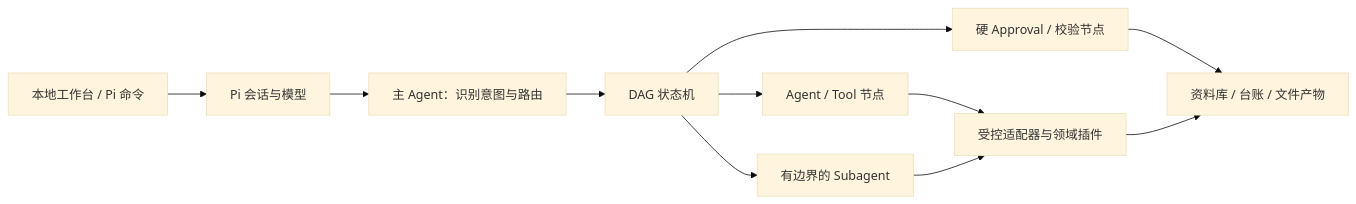
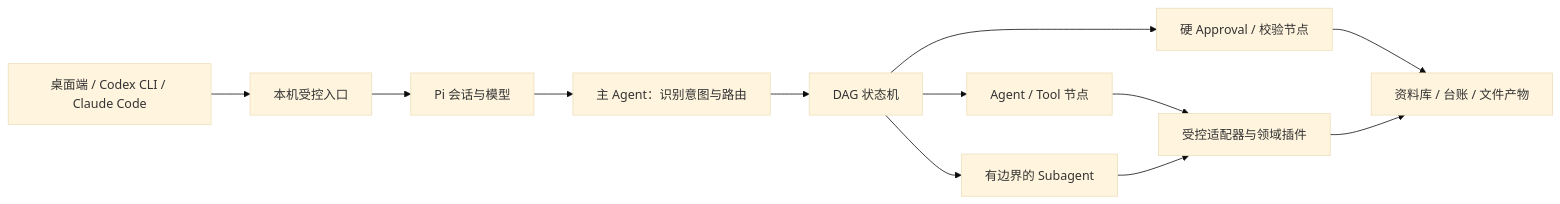
The diagram in README.md (WH2020/WorkFlow_Market), drawn with Mermaid (base theme) before and after one commit. The commit also changed other lines of this file and 28 other files, not shown here.

Commit message:
feat: support Codex CLI and Claude Code

````diff
--- a/README.md
+++ b/README.md
@@ -13,13 +13,14 @@
 ```mermaid
 flowchart LR
-    U[本地工作台 / Pi 命令] --> PI[Pi 会话与模型]
+    U[桌面端 / Codex CLI / Claude Code] --> B[本机受控入口]
+    B --> PI[Pi 会话与模型]
     PI --> A[主 Agent：识别意图与路由]
     A --> D[DAG 状态机]
     D --> N1[Agent / Tool 节点]
     D --> N2[有边界的 Subagent]
     D --> N3[硬 Approval / 校验节点]
     N1 --> P[受控适配器与领域插件]
     N2 --> P
     N3 --> K[资料库 / 台账 / 文件产物]
     P --> K
 ```
````
